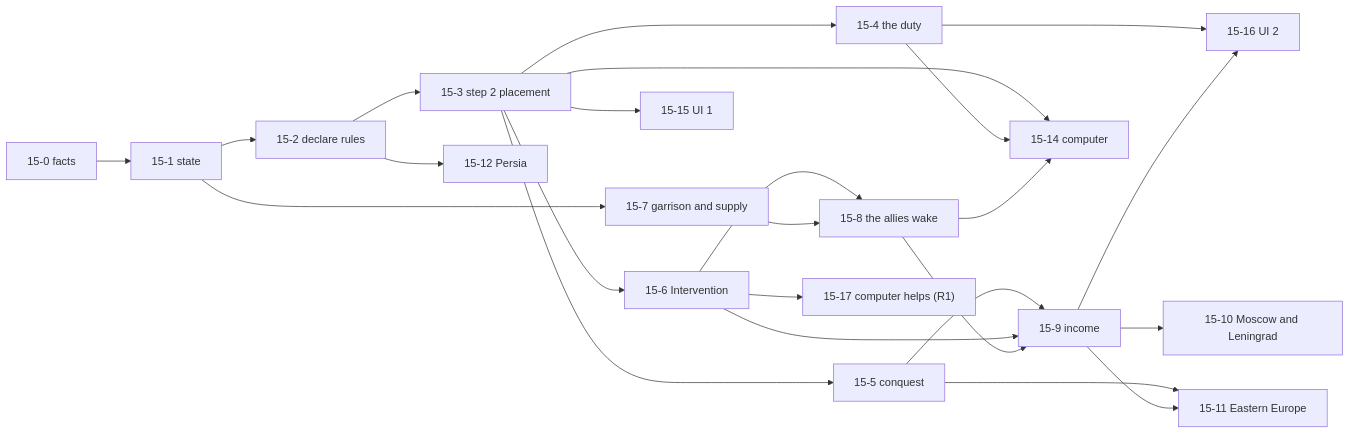
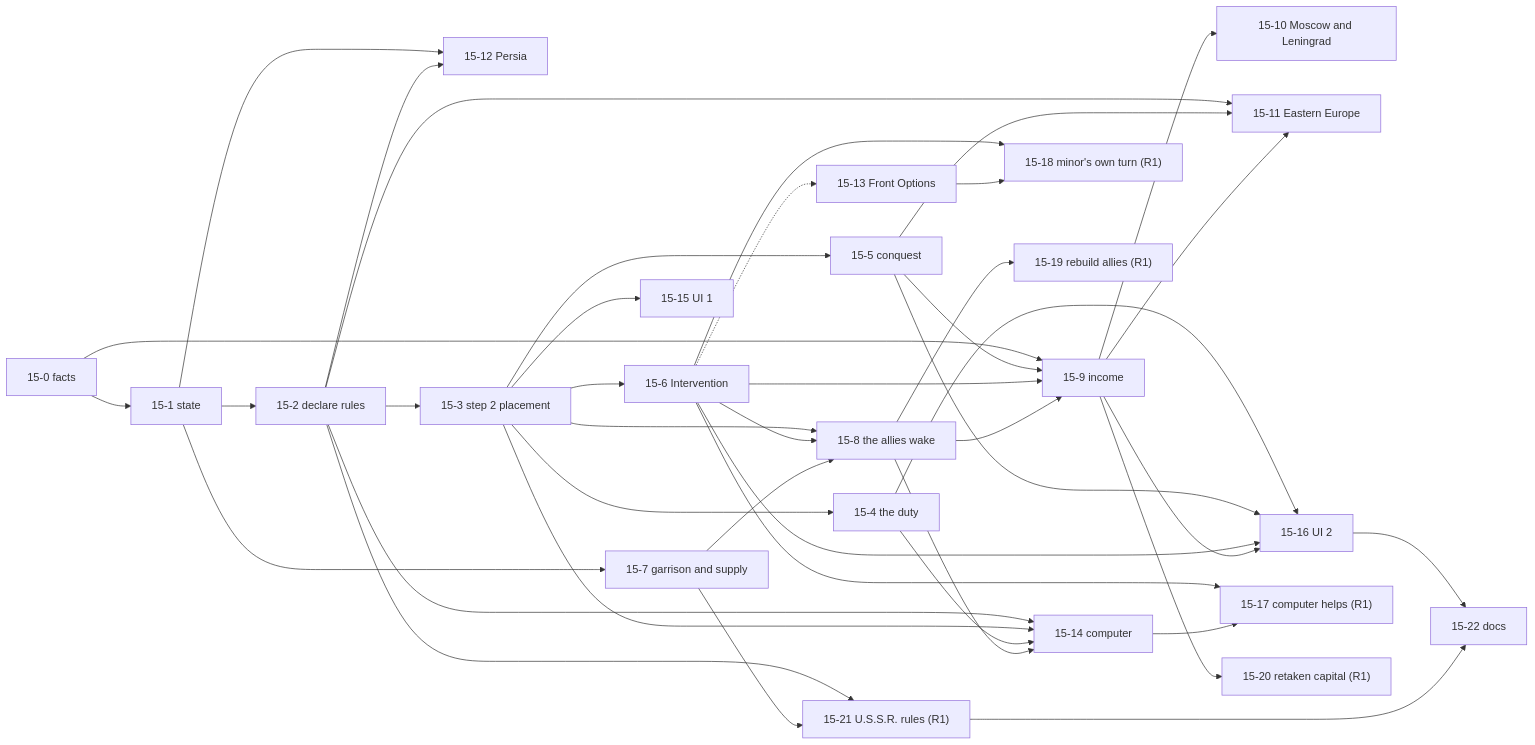
One commit to Fr3nchyz/3reich changed the third of 3 diagrams in docs/specs/15-minor-countries.md. Above: the diagram before and after it, drawn with Mermaid. The commit also changed other lines of this file and 6 other files, not shown here.

First line of the commit message:
Spec 15: fix review findings (engine facts, sources, counts, diagram)

````diff
--- a/docs/specs/15-minor-countries.md
+++ b/docs/specs/15-minor-countries.md
@@ -455,26 +456,43 @@
 ```mermaid
 flowchart LR
   T0["15-0 facts"] --> T1["15-1 state"]
+  T0 --> T9
   T1 --> T2["15-2 declare rules"]
   T1 --> T7["15-7 garrison and supply"]
+  T1 --> T12["15-12 Persia"]
+  T2 --> T12
   T2 --> T3["15-3 step 2 placement"]
   T3 --> T4["15-4 the duty"]
   T3 --> T5["15-5 conquest"]
   T3 --> T6["15-6 Intervention"]
-  T6 --> T8["15-8 the allies wake"]
+  T3 --> T8["15-8 the allies wake"]
+  T6 --> T8
   T7 --> T8
   T5 --> T9["15-9 income"]
   T6 --> T9
   T8 --> T9
   T9 --> T10["15-10 Moscow and Leningrad"]
-  T5 --> T11["15-11 Eastern Europe"]
+  T2 --> T11["15-11 Eastern Europe"]
+  T5 --> T11
   T9 --> T11
-  T2 --> T12["15-12 Persia"]
-  T3 --> T14["15-14 computer"]
+  T6 -.-> T13["15-13 Front Options"]
+  T2 --> T14["15-14 computer"]
+  T3 --> T14
   T4 --> T14
   T8 --> T14
   T3 --> T15["15-15 UI 1"]
   T4 --> T16["15-16 UI 2"]
+  T5 --> T16
+  T6 --> T16
   T9 --> T16
   T6 --> T17["15-17 computer helps (R1)"]
+  T14 --> T17
+  T6 --> T18["15-18 minor's own turn (R1)"]
+  T13 --> T18
+  T8 --> T19["15-19 rebuild allies (R1)"]
+  T9 --> T20["15-20 retaken capital (R1)"]
+  T2 --> T21["15-21 U.S.S.R. rules (R1)"]
+  T7 --> T21
+  T16 --> T22["15-22 docs"]
+  T21 --> T22
 ```
````
